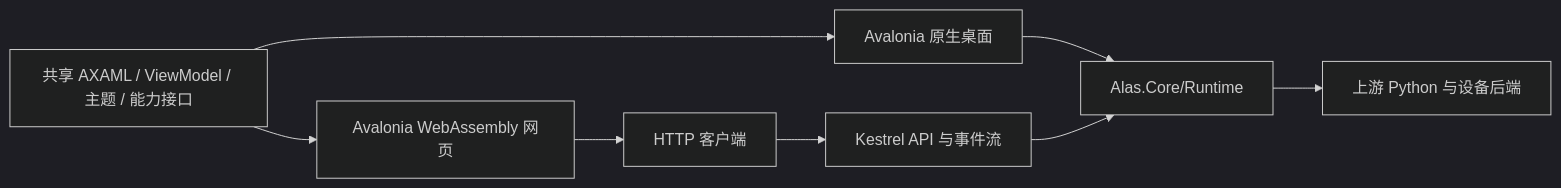
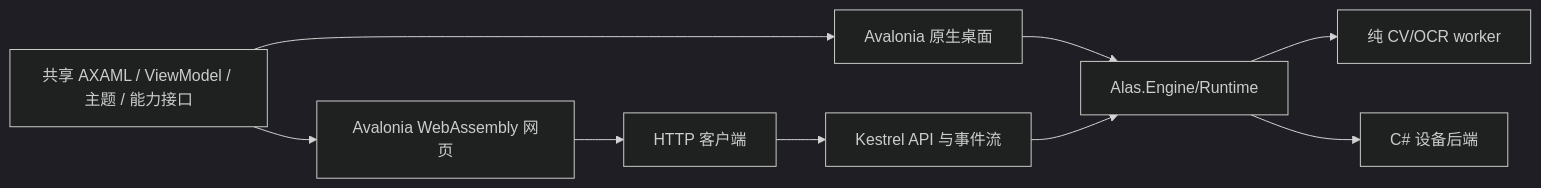
The diagram in docs/r4-ui-architecture.md (MUMU-DADA/AlasSharp), drawn with Mermaid (dark theme) before and after one commit. The commit also changed other lines of this file and 68 other files, not shown here.

````diff
--- a/docs/r4-ui-architecture.md
+++ b/docs/r4-ui-architecture.md
@@ -21,10 +21,11 @@
 ```mermaid
 flowchart LR
   Shared[共享 AXAML / ViewModel / 主题 / 能力接口] --> Desktop[Avalonia 原生桌面]
   Shared --> Browser[Avalonia WebAssembly 网页]
-  Desktop --> Runtime[Alas.Core/Runtime]
+  Desktop --> Runtime[Alas.Engine/Runtime]
   Browser --> Client[HTTP 客户端]
   Client --> API[Kestrel API 与事件流]
   API --> Runtime
-  Runtime --> Engine[上游 Python 与设备后端]
+  Runtime --> Vision[纯 CV/OCR worker]
+  Runtime --> Device[C# 设备后端]
 ```
````
